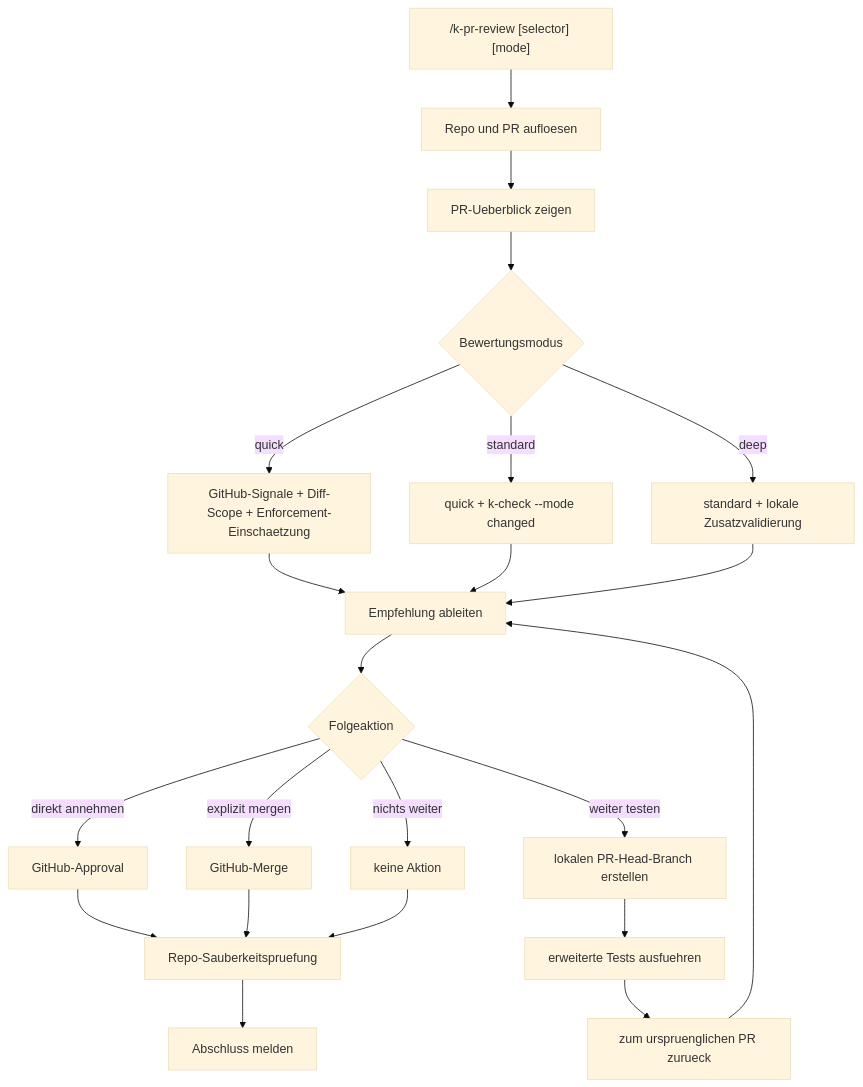
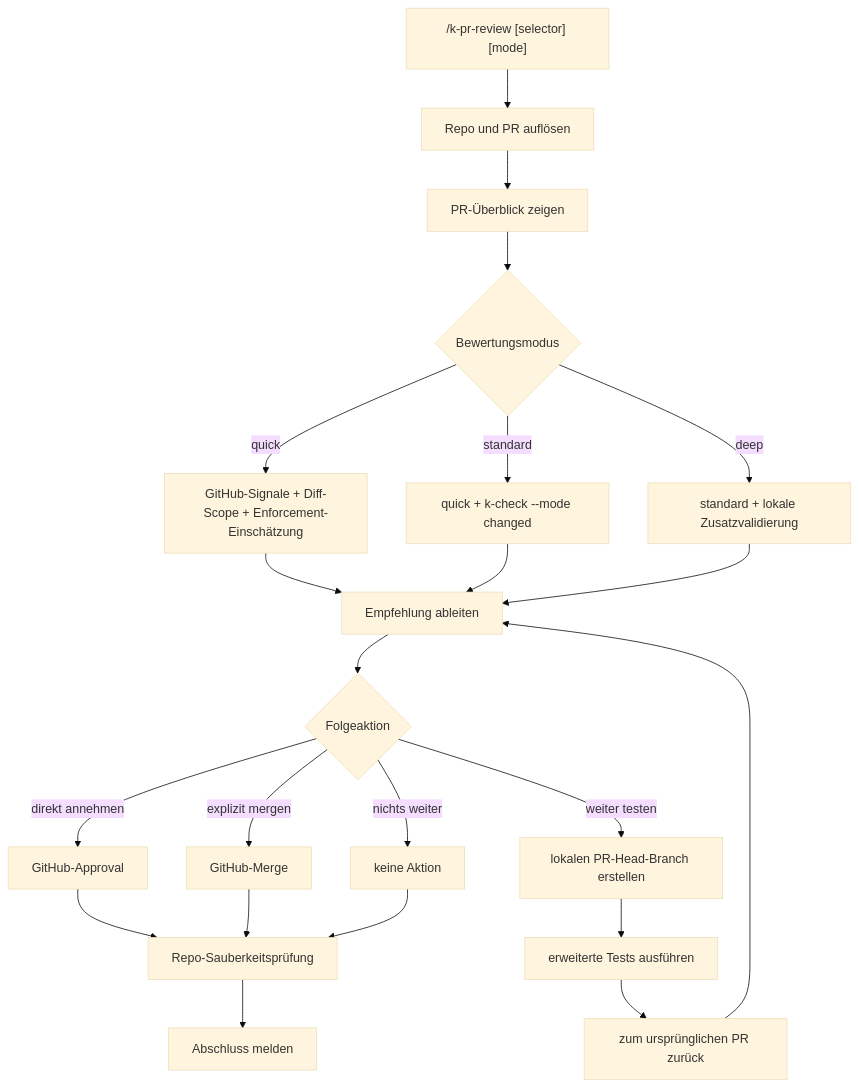
The diagram in docs/pr-review.md (kascada/k-playbook), drawn with Mermaid (base theme) before and after one commit. The commit also changed other lines of this file and 103 other files, not shown here.

````diff
--- a/docs/pr-review.md
+++ b/docs/pr-review.md
@@ -33,24 +33,24 @@
 ```mermaid
 flowchart TD
-    A["/k-pr-review [selector] [mode]"] --> B["Repo und PR aufloesen"]
-    B --> C["PR-Ueberblick zeigen"]
+    A["/k-pr-review [selector] [mode]"] --> B["Repo und PR auflösen"]
+    B --> C["PR-Überblick zeigen"]
     C --> D{"Bewertungsmodus"}
-    D -->|quick| E["GitHub-Signale + Diff-Scope + Enforcement-Einschaetzung"]
+    D -->|quick| E["GitHub-Signale + Diff-Scope + Enforcement-Einschätzung"]
     D -->|standard| F["quick + k-check --mode changed"]
     D -->|deep| G["standard + lokale Zusatzvalidierung"]
     E --> H["Empfehlung ableiten"]
     F --> H
     G --> H
     H --> I{"Folgeaktion"}
     I -->|direkt annehmen| J["GitHub-Approval"]
     I -->|explizit mergen| K["GitHub-Merge"]
     I -->|weiter testen| L["lokalen PR-Head-Branch erstellen"]
     I -->|nichts weiter| M["keine Aktion"]
-    L --> N["erweiterte Tests ausfuehren"]
-    N --> O["zum urspruenglichen PR zurueck"]
+    L --> N["erweiterte Tests ausführen"]
+    N --> O["zum ursprünglichen PR zurück"]
     O --> H
-    J --> P["Repo-Sauberkeitspruefung"]
+    J --> P["Repo-Sauberkeitsprüfung"]
     K --> P
     M --> P
     P --> Q["Abschluss melden"]
 ```
````
